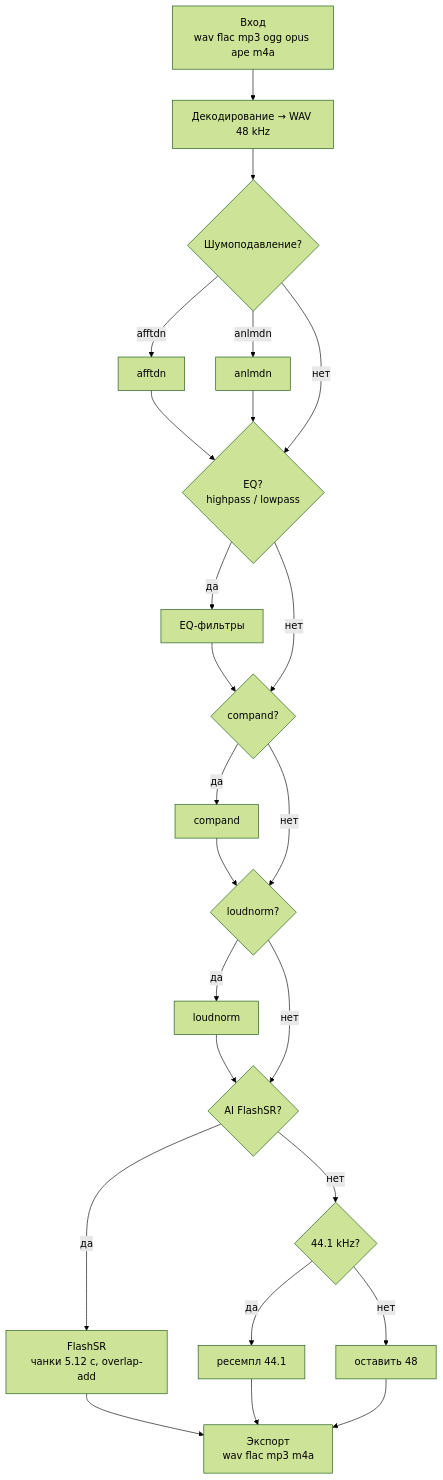
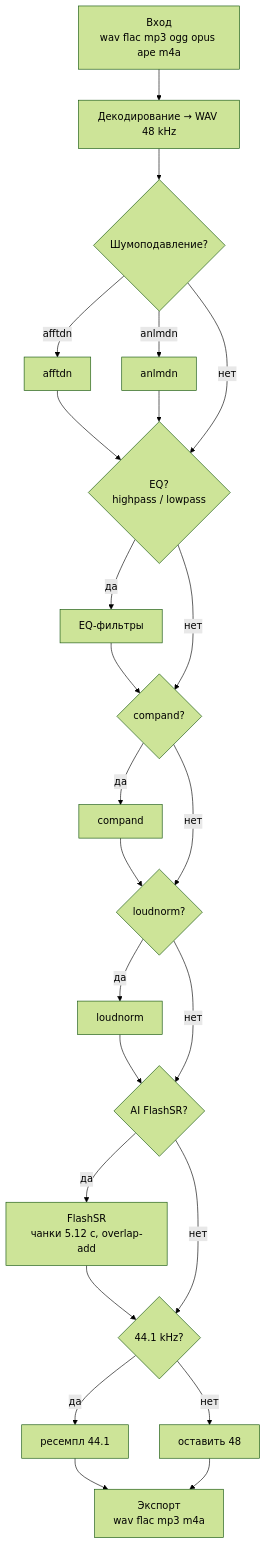
Before and after one commit to mcherepanov/super-resolution: the second of 2 diagrams in README.md, drawn with Mermaid (forest theme). The commit also changed other lines of this file, not shown here.

Commit message:
Fix README pipeline diagram to show post-AI resampling.

````diff
--- a/README.md
+++ b/README.md
@@ -60,34 +60,34 @@
 ```mermaid
 flowchart TD
   IN["Вход\nwav flac mp3 ogg opus ape m4a"]
   DEC["Декодирование → WAV 48 kHz"]
   DN{"Шумоподавление?"}
   AFF["afftdn"]
   ANL["anlmdn"]
   EQ{"EQ?\nhighpass / lowpass"}
   CP{"compand?"}
   CMP["compand"]
   LN{"loudnorm?"}
   LOUD["loudnorm"]
   AI{"AI FlashSR?"}
   FLASH["FlashSR\nчанки 5.12 с, overlap-add"]
   RS{"44.1 kHz?"}
   R441["ресемпл 44.1"]
   R48["оставить 48"]
   EXP["Экспорт\nwav flac mp3 m4a"]
 
   IN --> DEC --> DN
   DN -->|afftdn| AFF --> EQ
   DN -->|anlmdn| ANL --> EQ
   DN -->|нет| EQ
   EQ -->|да| HP["EQ-фильтры"] --> CP
   EQ -->|нет| CP
   CP -->|да| CMP --> LN
   CP -->|нет| LN
   LN -->|да| LOUD --> AI
   LN -->|нет| AI
-  AI -->|да| FLASH --> EXP
+  AI -->|да| FLASH --> RS
   AI -->|нет| RS
   RS -->|да| R441 --> EXP
   RS -->|нет| R48 --> EXP
 ```
````
